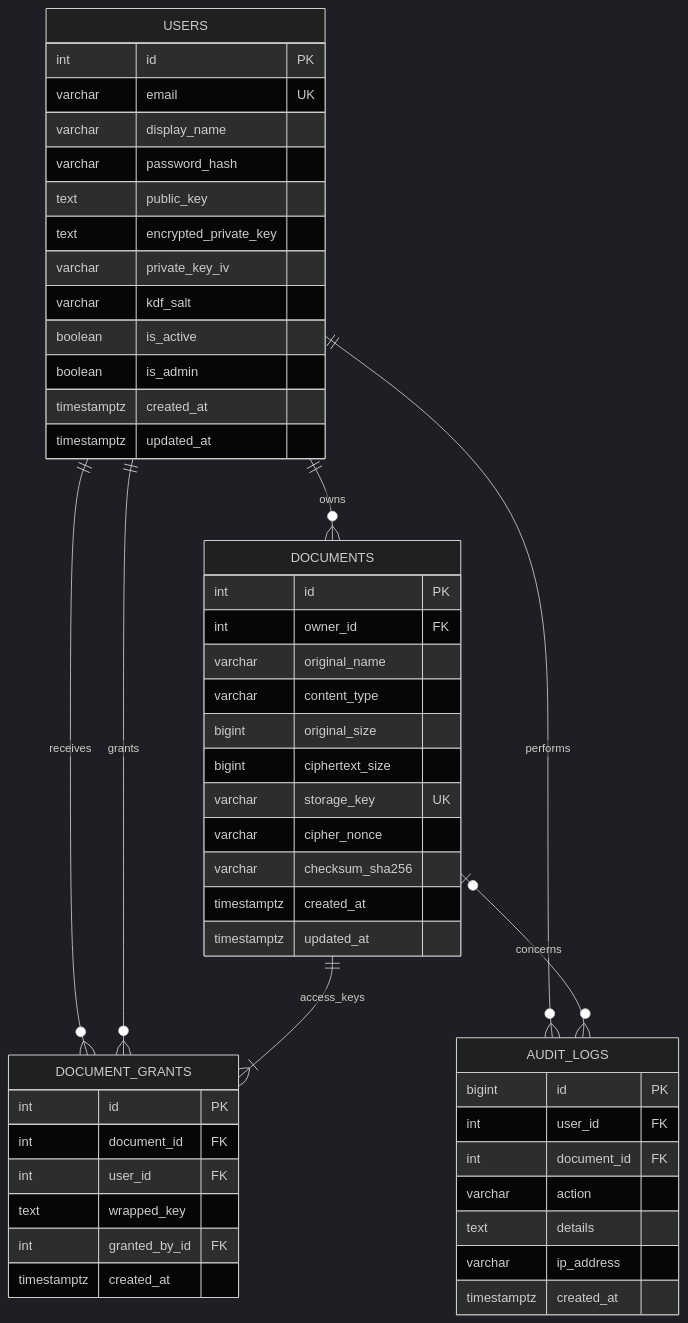
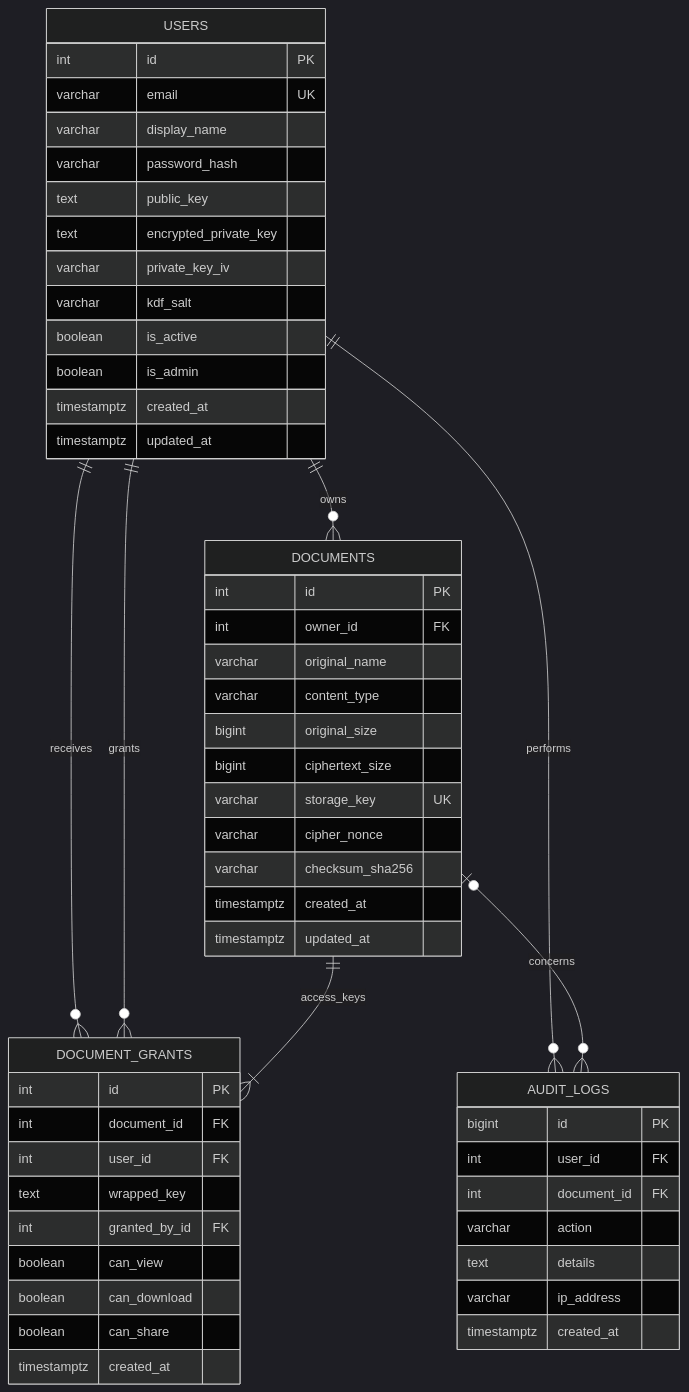
Before and after one commit to Giaugg/ATBM: the diagram in docs/erd.md, drawn with Mermaid (dark theme). The commit also changed other lines of this file and 19 other files, not shown here.

````diff
--- a/docs/erd.md
+++ b/docs/erd.md
@@ -5,54 +5,57 @@
 ```mermaid
 erDiagram
     USERS ||--o{ DOCUMENTS : owns
     USERS ||--o{ DOCUMENT_GRANTS : receives
     USERS ||--o{ DOCUMENT_GRANTS : grants
     DOCUMENTS ||--|{ DOCUMENT_GRANTS : access_keys
     USERS ||--o{ AUDIT_LOGS : performs
     DOCUMENTS o|--o{ AUDIT_LOGS : concerns
 
     USERS {
       int id PK
       varchar email UK
       varchar display_name
       varchar password_hash
       text public_key
       text encrypted_private_key
       varchar private_key_iv
       varchar kdf_salt
       boolean is_active
       boolean is_admin
       timestamptz created_at
       timestamptz updated_at
     }
     DOCUMENTS {
       int id PK
       int owner_id FK
       varchar original_name
       varchar content_type
       bigint original_size
       bigint ciphertext_size
       varchar storage_key UK
       varchar cipher_nonce
       varchar checksum_sha256
       timestamptz created_at
       timestamptz updated_at
     }
     DOCUMENT_GRANTS {
       int id PK
       int document_id FK
       int user_id FK
       text wrapped_key
       int granted_by_id FK
+      boolean can_view
+      boolean can_download
+      boolean can_share
       timestamptz created_at
     }
     AUDIT_LOGS {
       bigint id PK
       int user_id FK
       int document_id FK
       varchar action
       text details
       varchar ip_address
       timestamptz created_at
     }
 ```
````
